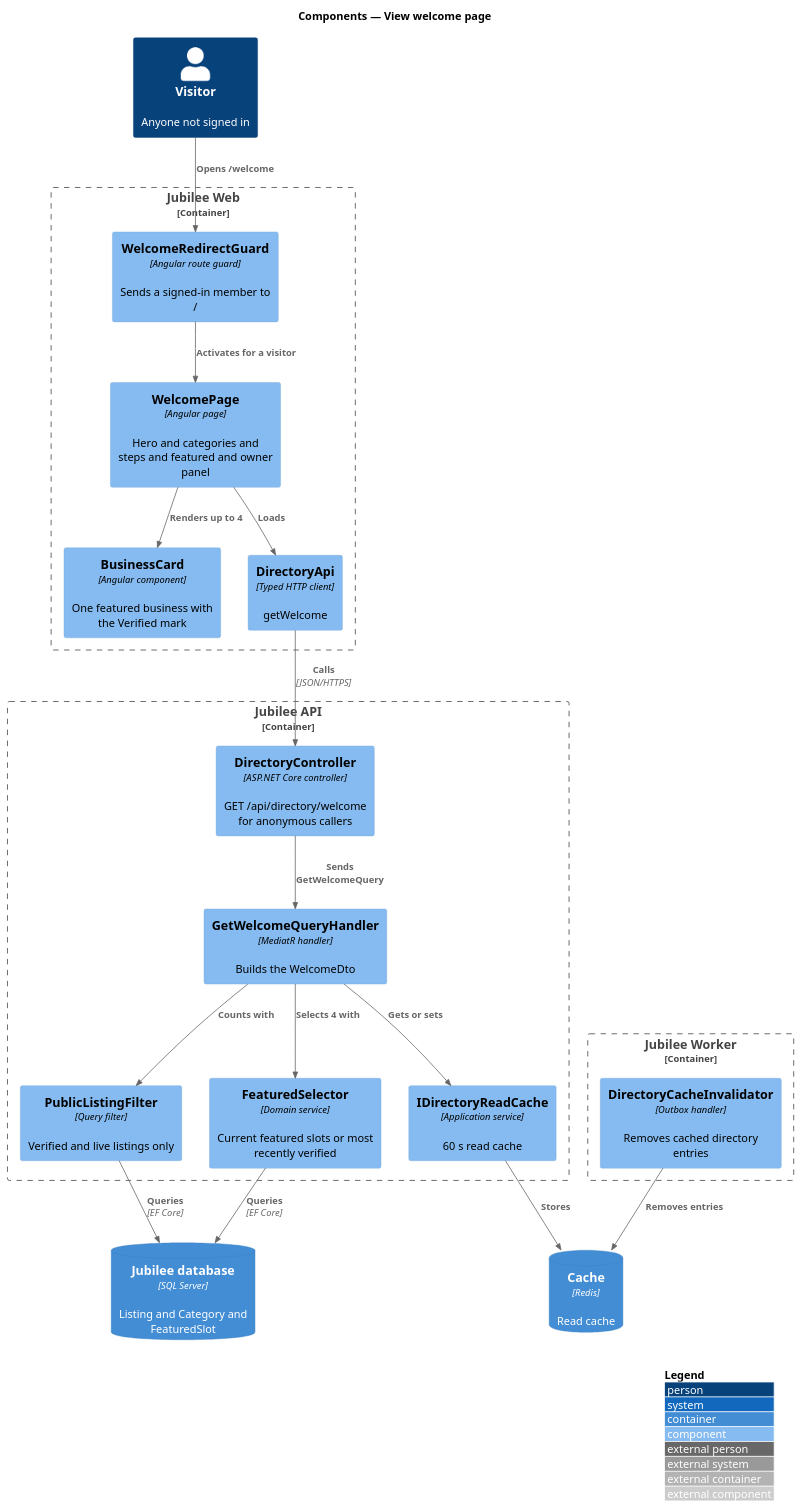
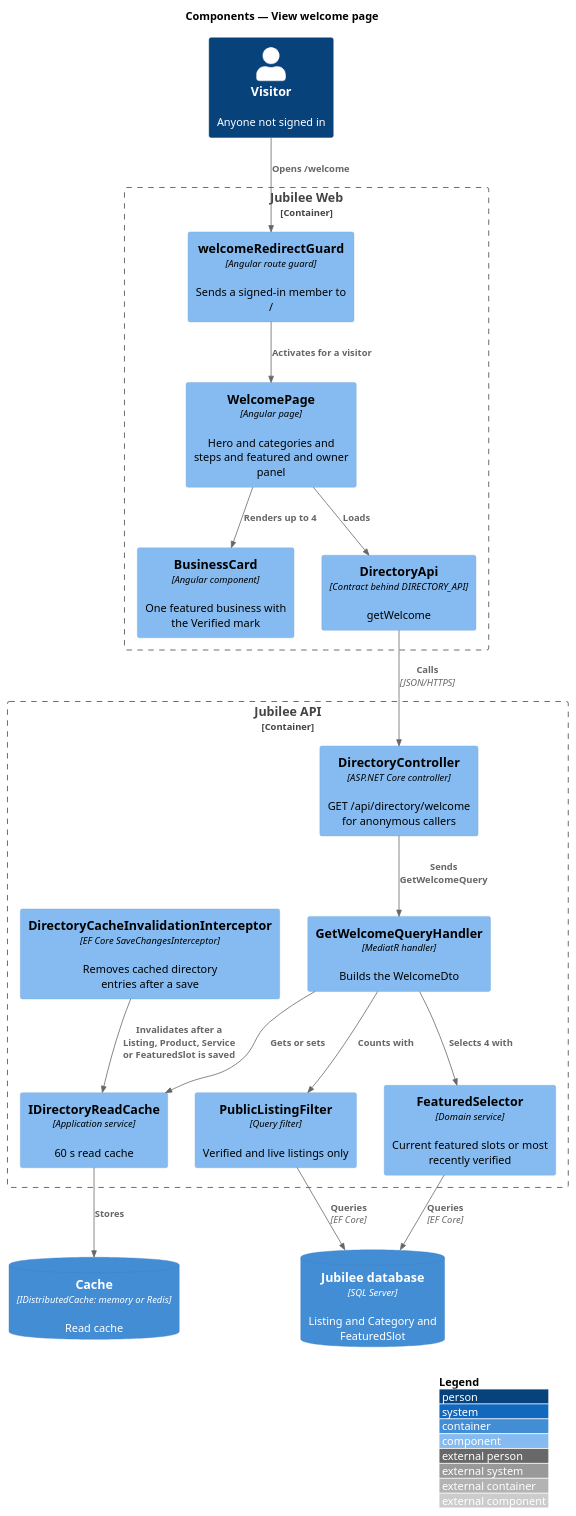
One commit to QuinntyneBrown/jubilee changed the diagram in docs/detailed-designs/directory/view-welcome-page/diagrams/c4-component.puml. Above: the diagram before and after it, drawn with PlantUML. The commit also changed 25 other files, not shown here.

First line of the commit message:
Directory cache: the SaveChanges interceptor is the designed path (ADR 0003)

```diff
--- a/docs/detailed-designs/directory/view-welcome-page/diagrams/c4-component.puml
+++ b/docs/detailed-designs/directory/view-welcome-page/diagrams/c4-component.puml
@@ -1,40 +1,38 @@
 @startuml
 !include <C4/C4_Component>
 LAYOUT_WITH_LEGEND()
 title Components — View welcome page
 
 
 Person(visitor, "Visitor", "Anyone not signed in")
 Container_Boundary(web, "Jubilee Web") {
-  Component(guard, "WelcomeRedirectGuard", "Angular route guard", "Sends a signed-in member to /")
+  Component(guard, "welcomeRedirectGuard", "Angular route guard", "Sends a signed-in member to /")
   Component(page, "WelcomePage", "Angular page", "Hero and categories and steps and featured and owner panel")
   Component(card, "BusinessCard", "Angular component", "One featured business with the Verified mark")
-  Component(client, "DirectoryApi", "Typed HTTP client", "getWelcome")
+  Component(client, "DirectoryApi", "Contract behind DIRECTORY_API", "getWelcome")
 }
 Container_Boundary(api, "Jubilee API") {
   Component(ctrl, "DirectoryController", "ASP.NET Core controller", "GET /api/directory/welcome for anonymous callers")
   Component(handler, "GetWelcomeQueryHandler", "MediatR handler", "Builds the WelcomeDto")
   Component(readCache, "IDirectoryReadCache", "Application service", "60 s read cache")
   Component(filter, "PublicListingFilter", "Query filter", "Verified and live listings only")
   Component(selector, "FeaturedSelector", "Domain service", "Current featured slots or most recently verified")
+  Component(invalidator, "DirectoryCacheInvalidationInterceptor", "EF Core SaveChangesInterceptor", "Removes cached directory entries after a save")
 }
-Container_Boundary(worker, "Jubilee Worker") {
-  Component(invalidator, "DirectoryCacheInvalidator", "Outbox handler", "Removes cached directory entries")
-}
-ContainerDb(cache, "Cache", "Redis", "Read cache")
+ContainerDb(cache, "Cache", "IDistributedCache: memory or Redis", "Read cache")
 ContainerDb(db, "Jubilee database", "SQL Server", "Listing and Category and FeaturedSlot")
 
 Rel(visitor, guard, "Opens /welcome")
 Rel(guard, page, "Activates for a visitor")
 Rel(page, card, "Renders up to 4")
 Rel(page, client, "Loads")
 Rel(client, ctrl, "Calls", "JSON/HTTPS")
 Rel(ctrl, handler, "Sends GetWelcomeQuery")
 Rel(handler, readCache, "Gets or sets")
 Rel(handler, filter, "Counts with")
 Rel(handler, selector, "Selects 4 with")
 Rel(readCache, cache, "Stores")
 Rel(filter, db, "Queries", "EF Core")
 Rel(selector, db, "Queries", "EF Core")
-Rel(invalidator, cache, "Removes entries")
+Rel(invalidator, readCache, "Invalidates after a Listing, Product, Service or FeaturedSlot is saved")
 @enduml
```
